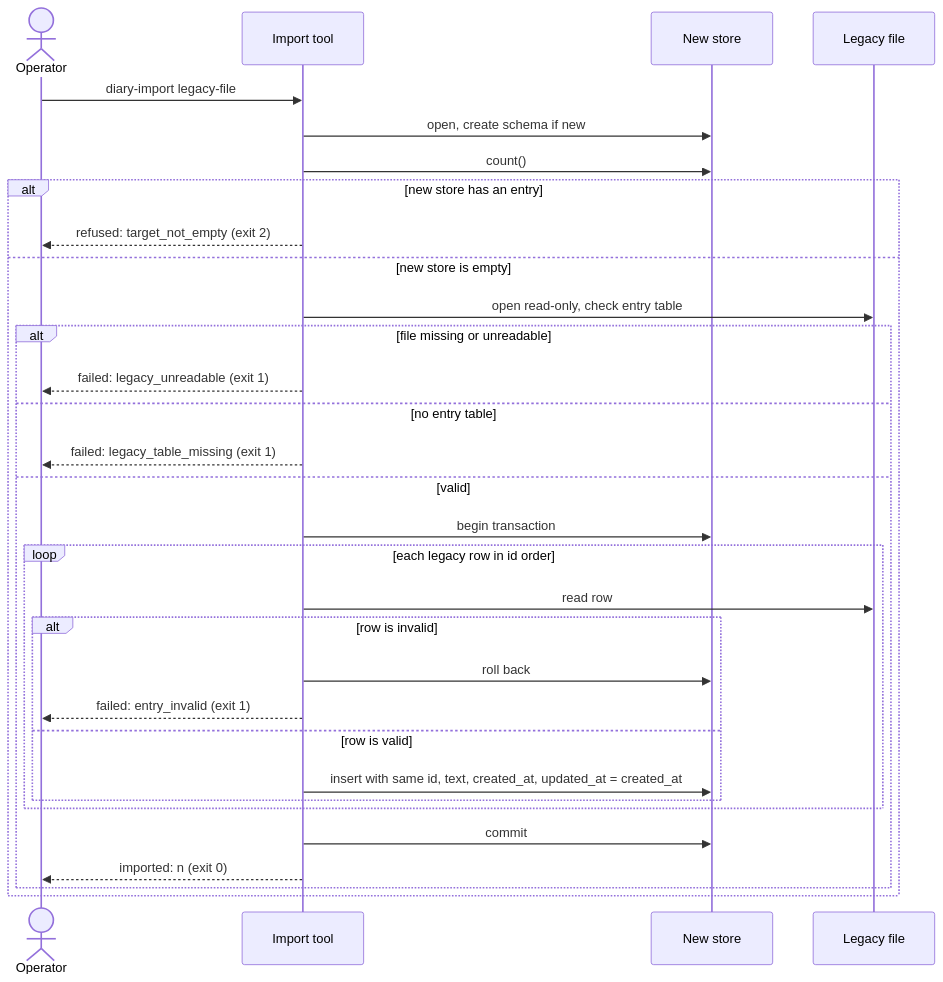
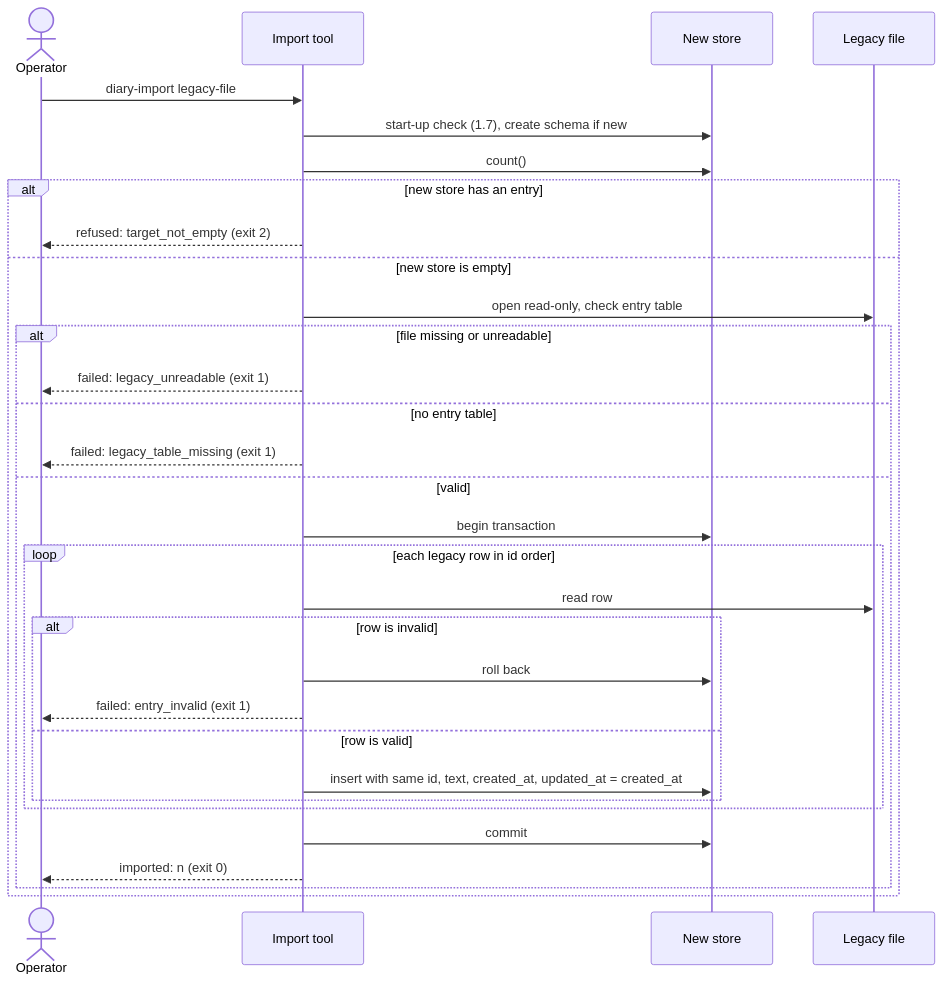
The fourth of 4 diagrams in specs/04-design/lld.md (nafiz1001/diary), drawn with Mermaid before and after one commit. The commit also changed other lines of this file and 18 other files, not shown here.

````diff
--- a/specs/04-design/lld.md
+++ b/specs/04-design/lld.md
@@ -331,33 +360,33 @@
 ```mermaid
 sequenceDiagram
     actor Operator
     participant T as Import tool
     participant N as New store
     participant L as Legacy file
     Operator->>T: diary-import legacy-file
-    T->>N: open, create schema if new
+    T->>N: start-up check (1.7), create schema if new
     T->>N: count()
     alt new store has an entry
         T-->>Operator: refused: target_not_empty (exit 2)
     else new store is empty
         T->>L: open read-only, check entry table
         alt file missing or unreadable
             T-->>Operator: failed: legacy_unreadable (exit 1)
         else no entry table
             T-->>Operator: failed: legacy_table_missing (exit 1)
         else valid
             T->>N: begin transaction
             loop each legacy row in id order
                 T->>L: read row
                 alt row is invalid
                     T->>N: roll back
                     T-->>Operator: failed: entry_invalid (exit 1)
                 else row is valid
                     T->>N: insert with same id, text, created_at, updated_at = created_at
                 end
             end
             T->>N: commit
             T-->>Operator: imported: n (exit 0)
         end
     end
 ```
````
